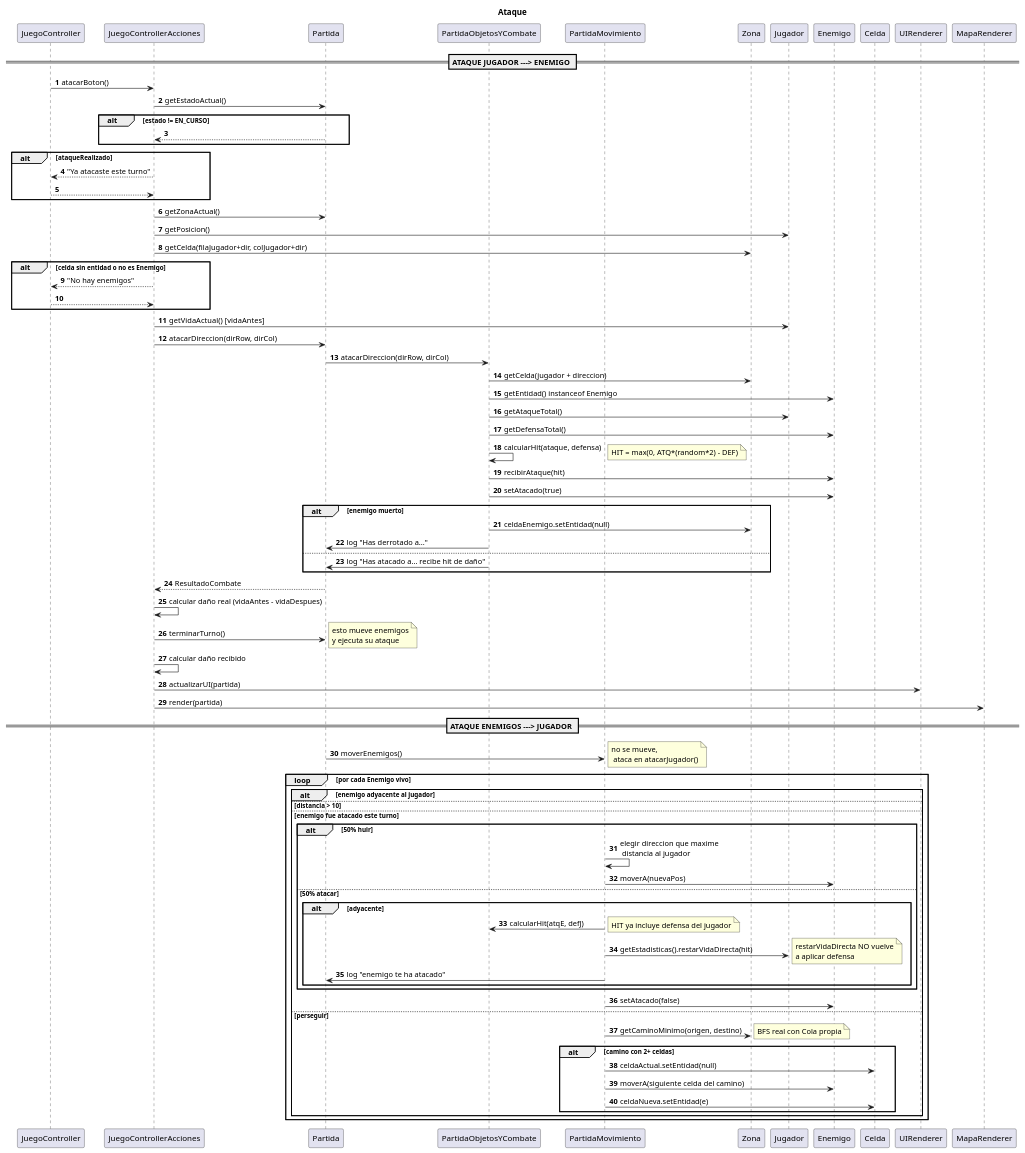
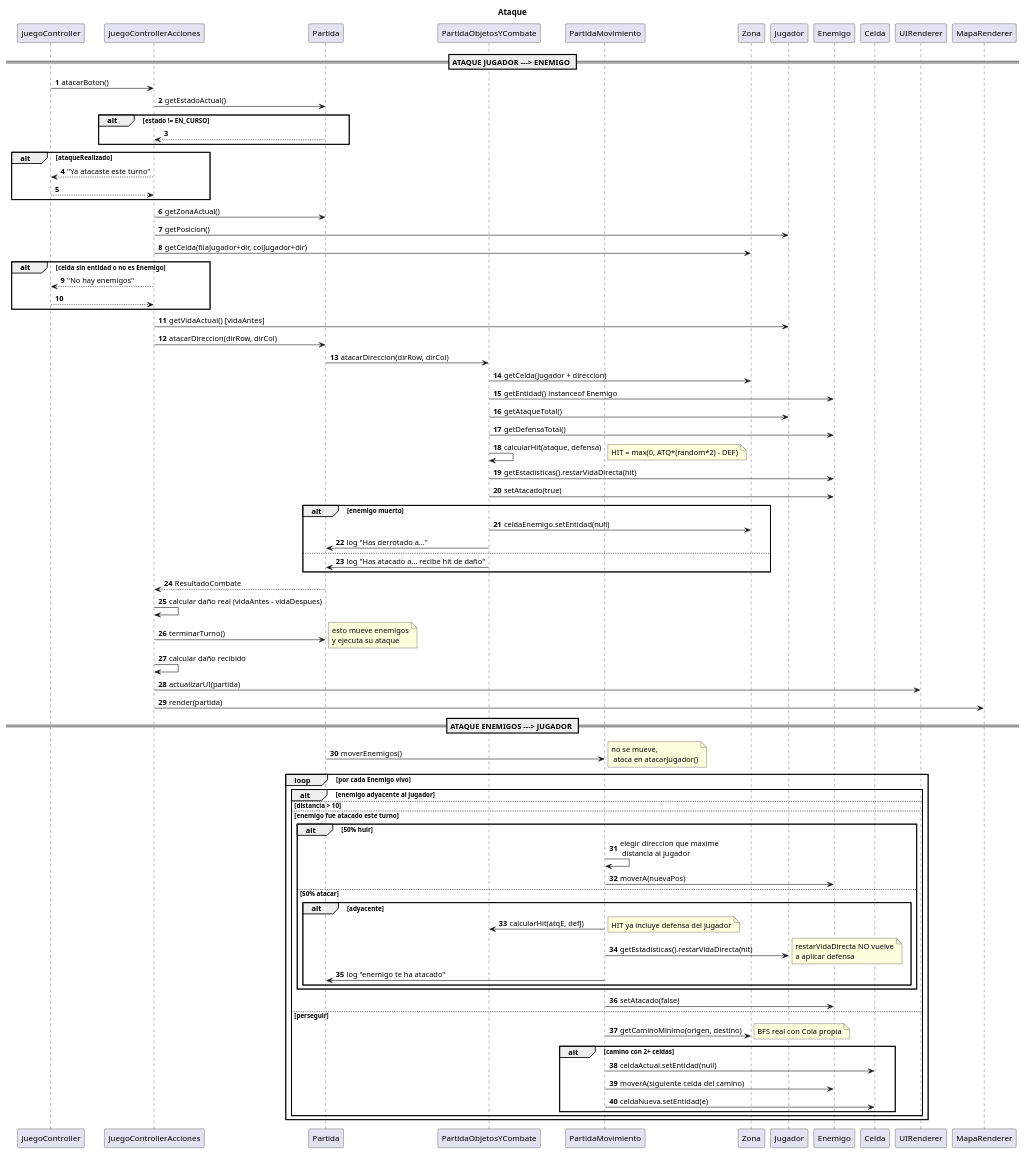
One commit to isagonz3/JuegoPracticaFinal changed the diagram in UMLs/secuencia_ataque.puml. Above: the diagram before and after it, drawn with PlantUML. The commit also changed 15 other files, not shown here.

```diff
--- a/UMLs/secuencia_ataque.puml
+++ b/UMLs/secuencia_ataque.puml
@@ -1,95 +1,95 @@
 @startuml
 'https://plantuml.com/sequence-diagram
 
 autonumber
 
 title Ataque
 
 participant JuegoController as JC
 participant JuegoControllerAcciones as JCA
 participant Partida as P
 participant PartidaObjetosYCombate as PO
 participant PartidaMovimiento as PM
 participant Zona as Z
 participant Jugador as J
 participant Enemigo as E
 participant Celda as C
 participant UIRenderer as UI
 participant MapaRenderer as MR
 
 == ATAQUE JUGADOR ---> ENEMIGO ==
 JC -> JCA: atacarBoton()
 JCA -> P: getEstadoActual()
 alt estado != EN_CURSO
   return
 end
 alt ataqueRealizado
   JCA --> JC: "Ya atacaste este turno"
   return
 end
 JCA -> P: getZonaActual()
 JCA -> J: getPosicion()
 JCA -> Z: getCelda(filaJugador+dir, colJugador+dir)
 alt celda sin entidad o no es Enemigo
   JCA --> JC: "No hay enemigos"
   return
 end
 JCA -> J: getVidaActual()  [vidaAntes]
 JCA -> P: atacarDireccion(dirRow, dirCol)
 P -> PO: atacarDireccion(dirRow, dirCol)
 PO -> Z: getCelda(jugador + direccion)
 PO -> E: getEntidad() instanceof Enemigo
 PO -> J: getAtaqueTotal()
 PO -> E: getDefensaTotal()
 PO -> PO: calcularHit(ataque, defensa)
 note right: HIT = max(0, ATQ*(random*2) - DEF)
-PO -> E: recibirAtaque(hit)
+PO -> E: getEstadisticas().restarVidaDirecta(hit)
 PO -> E: setAtacado(true)
 alt enemigo muerto
   PO -> Z: celdaEnemigo.setEntidad(null)
   PO -> P: log "Has derrotado a..."
 else
   PO -> P: log "Has atacado a... recibe hit de daño"
 end
 P --> JCA: ResultadoCombate
 JCA -> JCA: calcular daño real (vidaAntes - vidaDespues)
 JCA -> P: terminarTurno()
 note right: esto mueve enemigos\ny ejecuta su ataque
 JCA -> JCA: calcular daño recibido
 JCA -> UI: actualizarUI(partida)
 JCA -> MR: render(partida)
 
 
 == ATAQUE ENEMIGOS ---> JUGADOR ==
 
 P -> PM: moverEnemigos()
 loop por cada Enemigo vivo
   alt enemigo adyacente al jugador
     note right: no se mueve,\n ataca en atacarJugador()
   else distancia > 10
     note right: demasiado lejos,\n ignorar
   else enemigo fue atacado este turno
     alt 50% huir
       PM -> PM: elegir direccion que maxime\n distancia al jugador
       PM -> E: moverA(nuevaPos)
     else 50% atacar
       alt adyacente
         PM -> PO: calcularHit(atqE, defJ)
         note right: HIT ya incluye defensa del jugador
         PM -> J: getEstadisticas().restarVidaDirecta(hit)
         note right: restarVidaDirecta NO vuelve\na aplicar defensa
         PM -> P: log "enemigo te ha atacado"
       end
     end
     PM -> E: setAtacado(false)
   else perseguir
     PM -> Z: getCaminoMinimo(origen, destino)
     note right: BFS real con Cola propia
     alt camino con 2+ celdas
       PM -> C: celdaActual.setEntidad(null)
       PM -> E: moverA(siguiente celda del camino)
       PM -> C: celdaNueva.setEntidad(e)
     end
   end
 end
 @enduml
```
